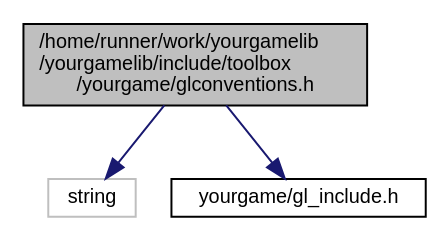
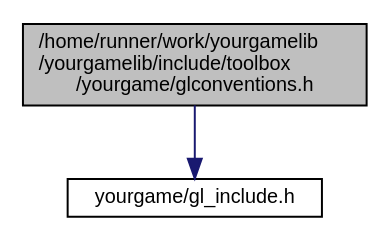
Before and after one commit to duddel/yourgamelib: the diagram in glconventions_8h__incl.dot, drawn with Graphviz. The commit also changed 70 other files, not shown here.

```diff
--- a/glconventions_8h__incl.dot
+++ b/glconventions_8h__incl.dot
@@ -1,10 +1,8 @@
 digraph "/home/runner/work/yourgamelib/yourgamelib/include/toolbox/yourgame/glconventions.h"
 {
   edge [fontname="Helvetica",fontsize="10",labelfontname="Helvetica",labelfontsize="10"];
   node [fontname="Helvetica",fontsize="10",shape=record];
   Node0 [label="/home/runner/work/yourgamelib\l/yourgamelib/include/toolbox\l/yourgame/glconventions.h",height=0.2,width=0.4,color="black", fillcolor="grey75", style="filled", fontcolor="black"];
   Node0 -> Node1 [color="midnightblue",fontsize="10",style="solid",fontname="Helvetica"];
-  Node1 [label="string",height=0.2,width=0.4,color="grey75", fillcolor="white", style="filled"];
-  Node0 -> Node2 [color="midnightblue",fontsize="10",style="solid",fontname="Helvetica"];
-  Node2 [label="yourgame/gl_include.h",height=0.2,width=0.4,color="black", fillcolor="white", style="filled",URL="$gl__include_8h.html"];
+  Node1 [label="yourgame/gl_include.h",height=0.2,width=0.4,color="black", fillcolor="white", style="filled",URL="$gl__include_8h.html"];
 }
```
